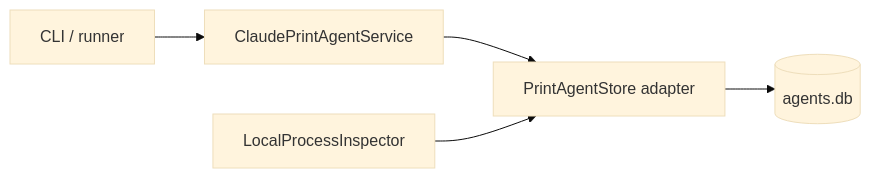
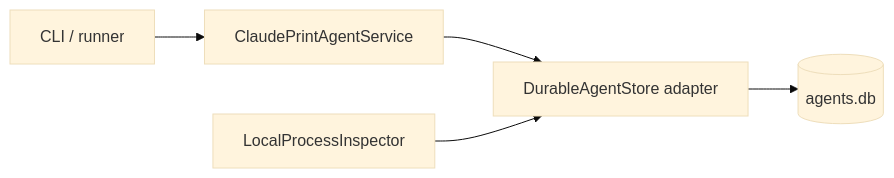
The diagram in docs/ai/design/2026-08-18-feature-durable-agents-sqlite.md (codeaholicguy/ai-devkit), drawn with Mermaid (base theme) before and after one commit. The commit also changed other lines of this file and 27 other files, not shown here.

Commit message:
refactor(agent): rename print agent domain to durable agents

````diff
--- a/docs/ai/design/2026-08-18-feature-durable-agents-sqlite.md
+++ b/docs/ai/design/2026-08-18-feature-durable-agents-sqlite.md
@@ -11,7 +11,7 @@
 ```mermaid
 flowchart LR
   CLI[CLI / runner] --> Service[ClaudePrintAgentService]
-  Service --> Store[PrintAgentStore adapter]
+  Service --> Store[DurableAgentStore adapter]
   Store --> DB[(agents.db)]
   Inspector[LocalProcessInspector] --> Store
 ```
````
